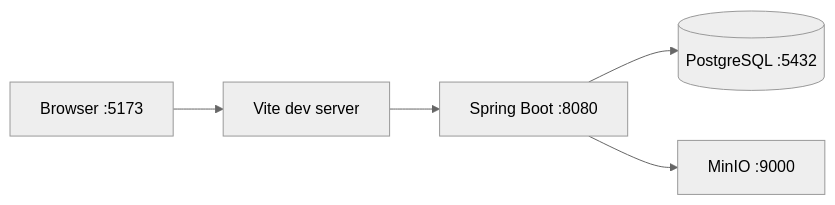
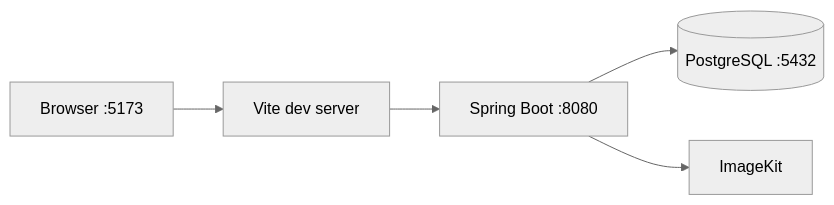
Before and after one commit to Rorfost/school-platform: the second of 2 diagrams in docs/architecture/ARCHITECTURE.md, drawn with Mermaid (neutral theme). The commit also changed other lines of this file and 28 other files, not shown here.

Commit message:
feat(backend): migrate storage to ImageKit

````diff
--- a/docs/architecture/ARCHITECTURE.md
+++ b/docs/architecture/ARCHITECTURE.md
@@ -29,7 +29,7 @@
 ```mermaid
 flowchart LR
   B[Browser :5173] --> F[Vite dev server]
   F --> A[Spring Boot :8080]
   A --> P[(PostgreSQL :5432)]
-  A --> M[MinIO :9000]
+  A --> I[ImageKit]
 ```
````
